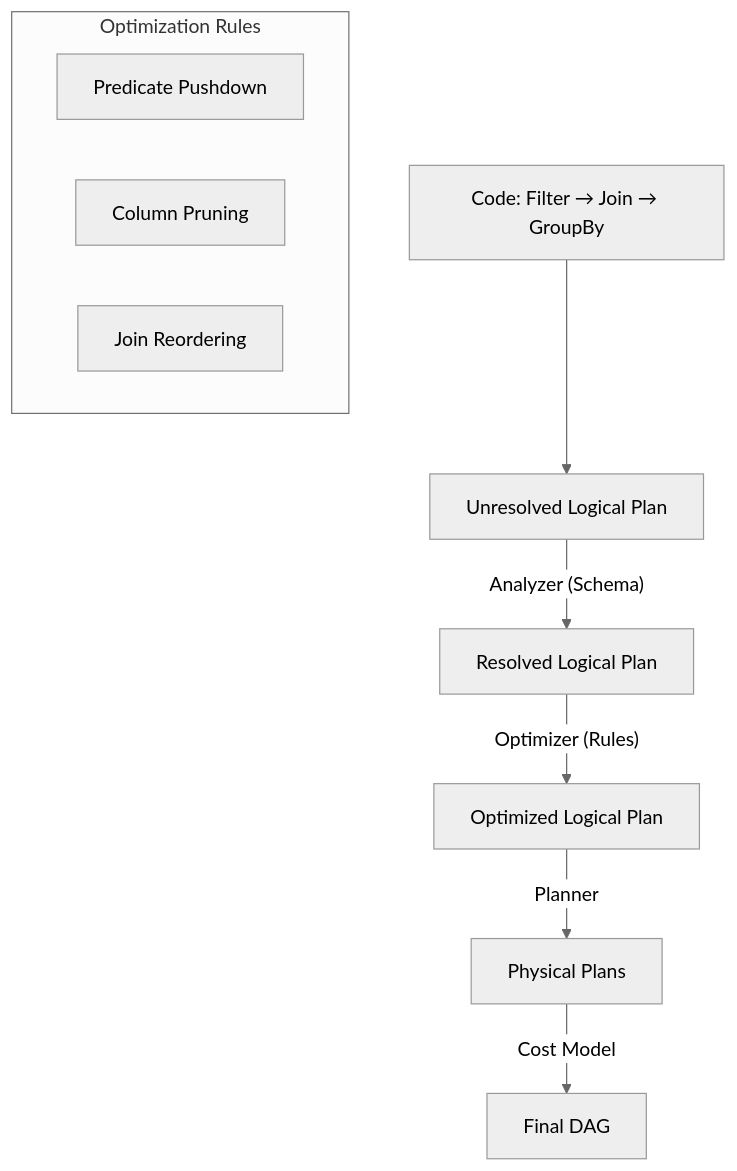
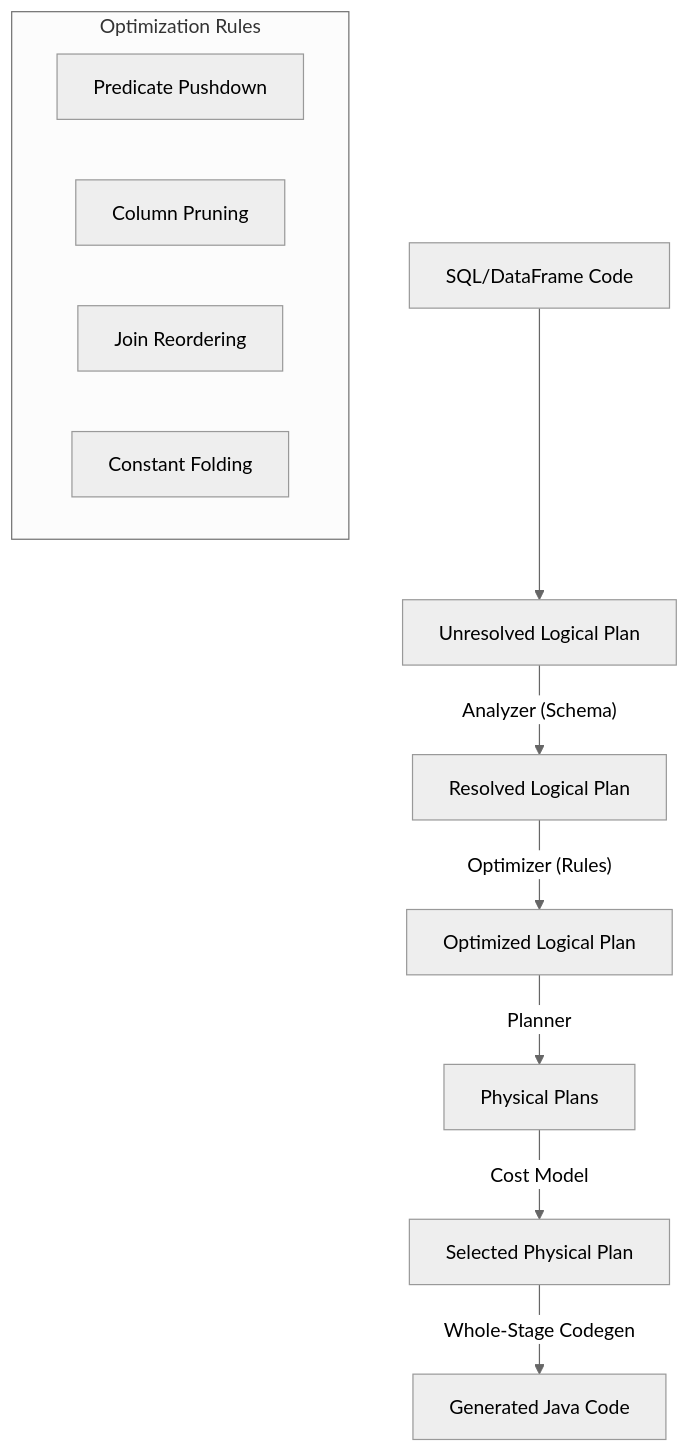
Before and after one commit to Anmol33/SystemDesign: the third of 6 diagrams in Batch Processing/02_Apache_Spark.md, drawn with Mermaid (neutral theme). The commit also changed other lines of this file and 7 other files, not shown here.

````diff
--- a/Batch Processing/02_Apache_Spark.md
+++ b/Batch Processing/02_Apache_Spark.md
@@ -110,15 +262,17 @@
 ```mermaid
 graph TD
-    User["Code: Filter → Join → GroupBy"] --> Unresolved["Unresolved Logical Plan"]
+    User["SQL/DataFrame Code"] --> Unresolved["Unresolved Logical Plan"]
     Unresolved -->|"Analyzer (Schema)"| Resolved["Resolved Logical Plan"]
     Resolved -->|"Optimizer (Rules)"| Optimized["Optimized Logical Plan"]
     
     subgraph OR["Optimization Rules"]
         PPD["Predicate Pushdown"]
         CP["Column Pruning"]
         Reorder["Join Reordering"]
+        CE["Constant Folding"]
     end
     
     Optimized -->|Planner| Physical["Physical Plans"]
-    Physical -->|"Cost Model"| Selected["Final DAG"]
+    Physical -->|"Cost Model"| Selected["Selected Physical Plan"]
+    Selected -->|"Whole-Stage Codegen"| Generated["Generated Java Code"]
 ```
````
